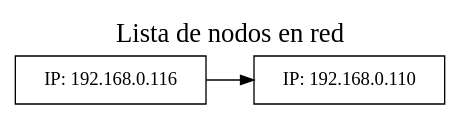
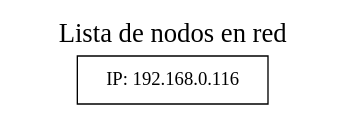
One commit to elJuanjoRamos/EDD_1S2020_PY2_201801262 changed the diagram in Server/SimpleList.dot. Above: the diagram before and after it, drawn with Graphviz. The commit also changed 40 other files, not shown here.

```diff
--- a/Server/SimpleList.dot
+++ b/Server/SimpleList.dot
@@ -1,7 +1,6 @@
 digraph grafica{
 graph[label="Lista de nodos en red", labelloc=t, fontsize=20, compound=true];
 rankdir = LR;
 node [shape=record];
 splines=false; NodeLogChange0 [label ="IP:  192.168.0.116"]
-NodeLogChange1 [label ="IP:  192.168.0.110"]
-NodeLogChange0->NodeLogChange1}
+}
```
